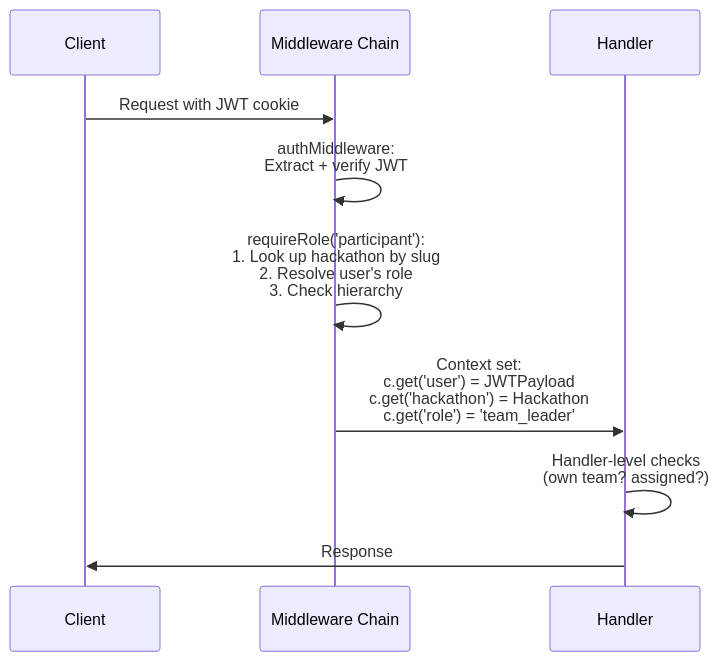
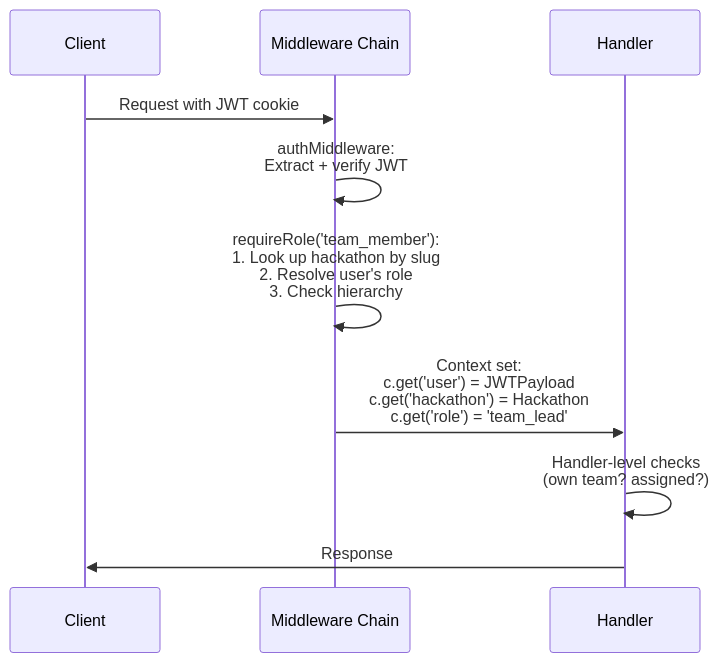
Before and after one commit to devangshupandey2025-stack/DevSage: the second of 8 diagrams in docs/v3/planned/api-design.md, drawn with Mermaid. The commit also changed other lines of this file, not shown here.

First line of the commit message:
docs(api): fix CORS domain and canonical role names in route table

````diff
--- a/docs/v3/planned/api-design.md
+++ b/docs/v3/planned/api-design.md
@@ -426,13 +426,13 @@
 ```mermaid
 sequenceDiagram
     participant C as Client
     participant MW as Middleware Chain
     participant H as Handler
 
     C->>MW: Request with JWT cookie
     MW->>MW: authMiddleware:<br/>Extract + verify JWT
-    MW->>MW: requireRole('participant'):<br/>1. Look up hackathon by slug<br/>2. Resolve user's role<br/>3. Check hierarchy
-    MW->>H: Context set:<br/>c.get('user') = JWTPayload<br/>c.get('hackathon') = Hackathon<br/>c.get('role') = 'team_leader'
+    MW->>MW: requireRole('team_member'):<br/>1. Look up hackathon by slug<br/>2. Resolve user's role<br/>3. Check hierarchy
+    MW->>H: Context set:<br/>c.get('user') = JWTPayload<br/>c.get('hackathon') = Hackathon<br/>c.get('role') = 'team_lead'
     H->>H: Handler-level checks<br/>(own team? assigned?)
     H->>C: Response
 ```
````
